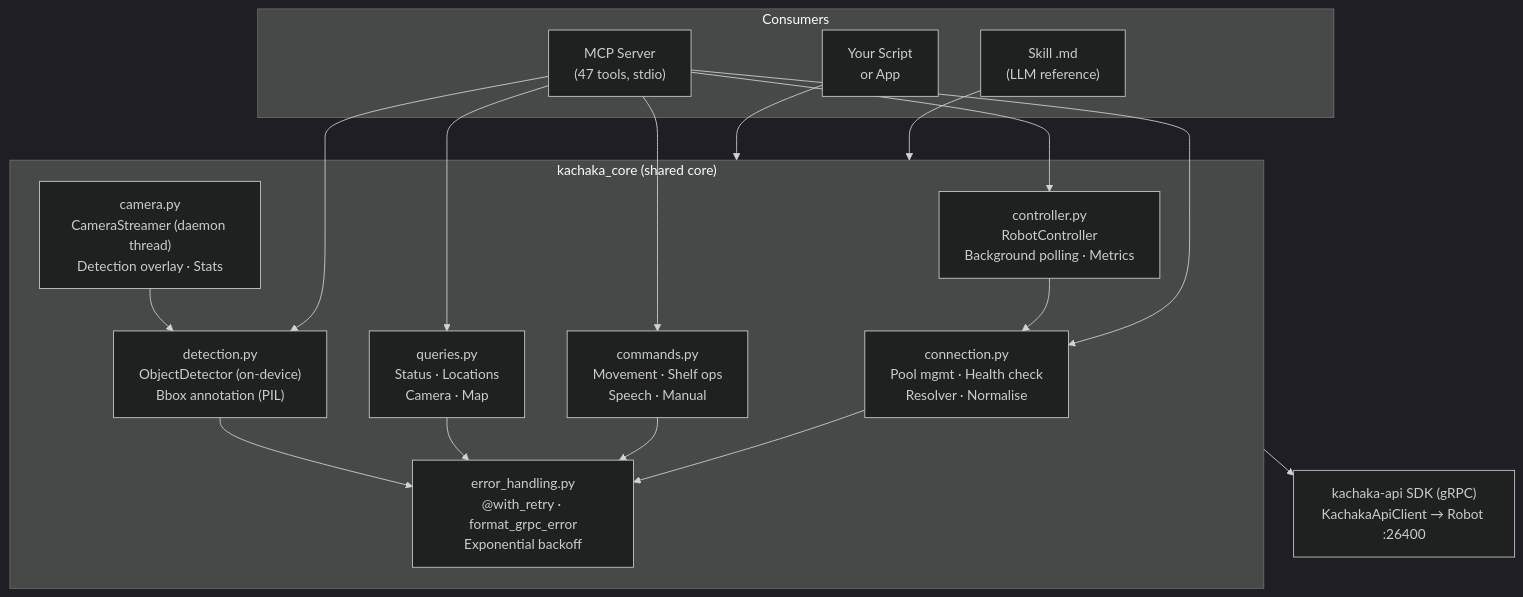
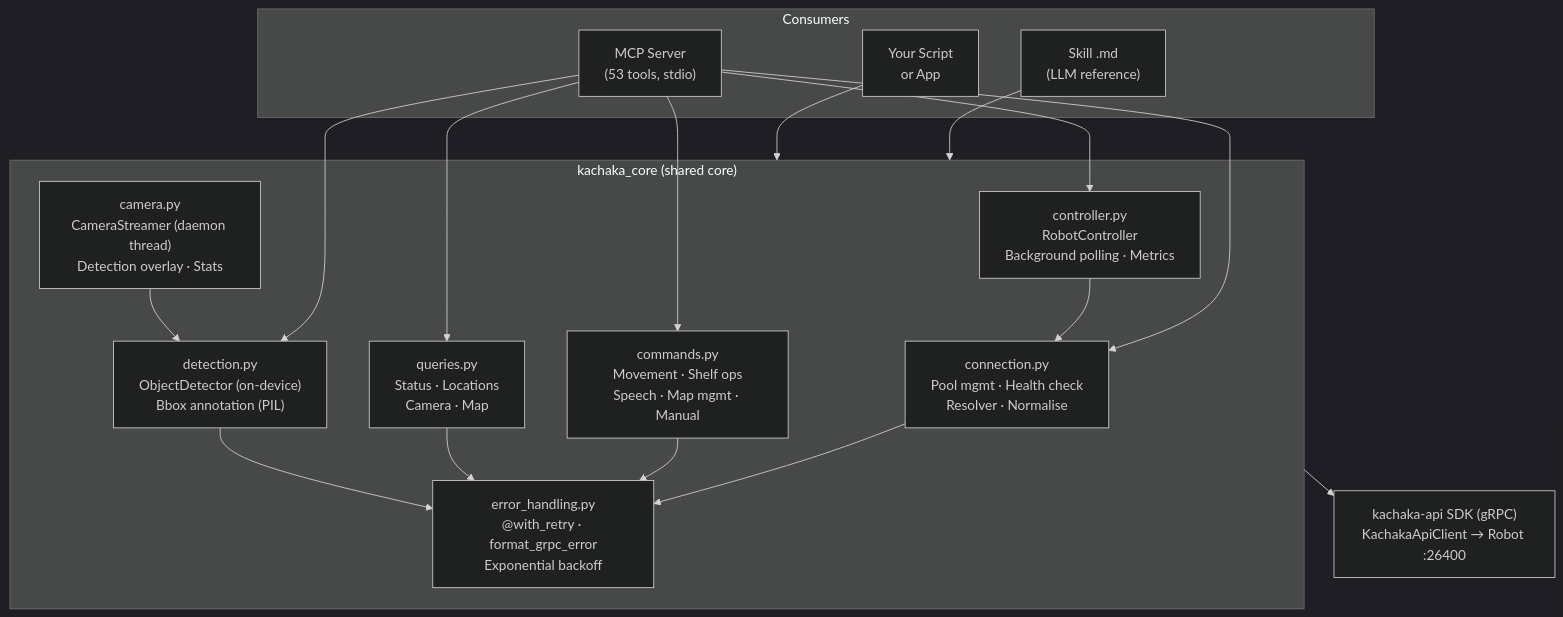
Before and after one commit to Sigma-Snaken/kachaka-sdk-toolkit: the first of 8 diagrams in ARCHITECTURE.md, drawn with Mermaid (dark theme). The commit also changed other lines of this file and 9 other files, not shown here.

````diff
--- a/ARCHITECTURE.md
+++ b/ARCHITECTURE.md
@@ -11,35 +11,35 @@
 ```mermaid
 graph TD
     subgraph Consumers
-        MCP["MCP Server<br/>(47 tools, stdio)"]
+        MCP["MCP Server<br/>(53 tools, stdio)"]
         SKILL["Skill .md<br/>(LLM reference)"]
         APP["Your Script<br/>or App"]
     end
 
     subgraph kachaka_core["kachaka_core (shared core)"]
         CONN["connection.py<br/>Pool mgmt · Health check<br/>Resolver · Normalise"]
-        CMD["commands.py<br/>Movement · Shelf ops<br/>Speech · Manual"]
+        CMD["commands.py<br/>Movement · Shelf ops<br/>Speech · Map mgmt · Manual"]
         QRY["queries.py<br/>Status · Locations<br/>Camera · Map"]
         ERR["error_handling.py<br/>@with_retry · format_grpc_error<br/>Exponential backoff"]
         CAM["camera.py<br/>CameraStreamer (daemon thread)<br/>Detection overlay · Stats"]
         DET["detection.py<br/>ObjectDetector (on-device)<br/>Bbox annotation (PIL)"]
         CTRL["controller.py<br/>RobotController<br/>Background polling · Metrics"]
     end
 
     SDK["kachaka-api SDK (gRPC)<br/>KachakaApiClient → Robot :26400"]
 
     MCP --> CONN
     MCP --> CMD
     MCP --> QRY
     MCP --> DET
     MCP --> CTRL
     SKILL --> kachaka_core
     APP --> kachaka_core
     CONN --> ERR
     CMD --> ERR
     QRY --> ERR
     DET --> ERR
     CTRL --> CONN
     CAM --> DET
     kachaka_core --> SDK
 ```
````
